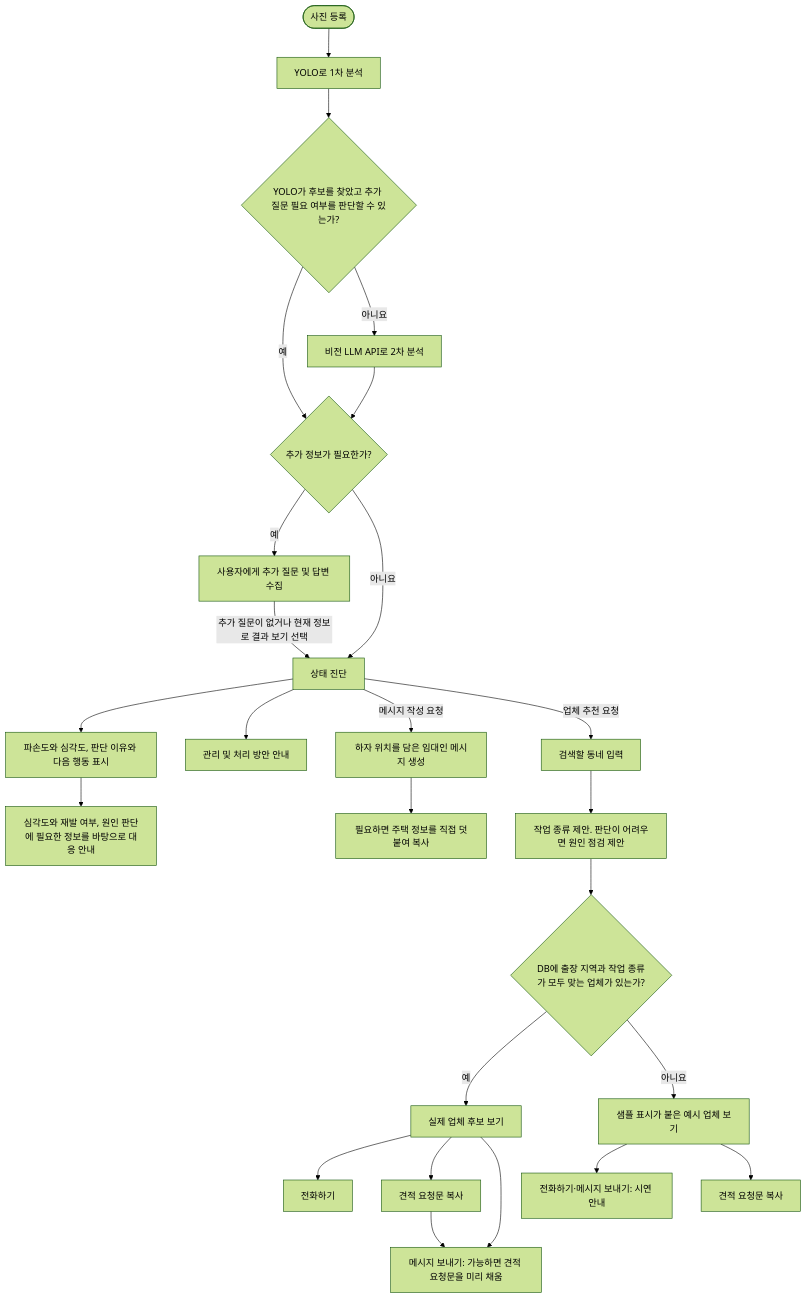
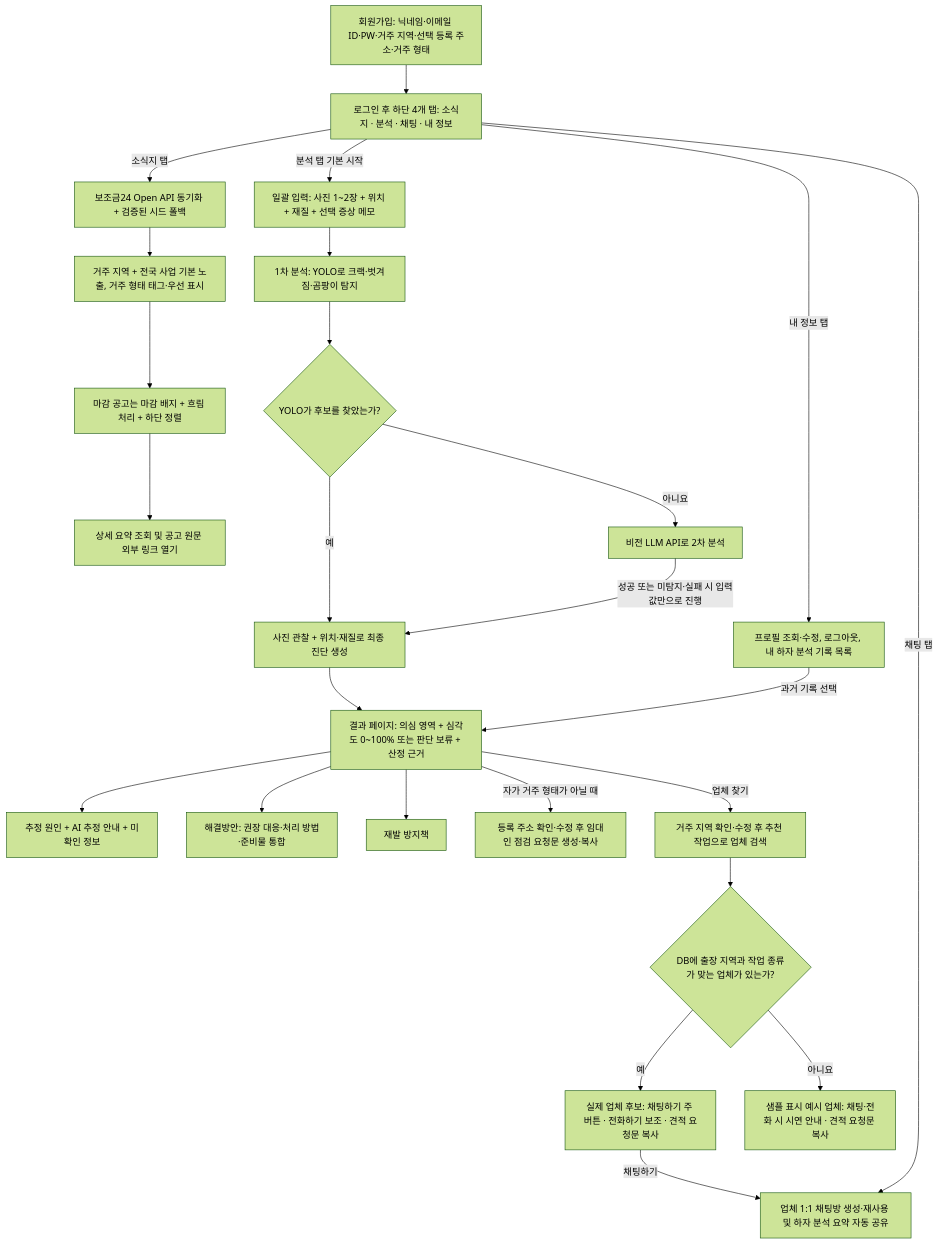
The diagram in docs/plans/PROJECT_PLAN.md (Youjaeseon/Home-keeper), drawn with Mermaid (forest theme) before and after one commit. The commit also changed other lines of this file and 8 other files, not shown here.

````diff
--- a/docs/plans/PROJECT_PLAN.md
+++ b/docs/plans/PROJECT_PLAN.md
@@ -25,28 +25,32 @@
 ```mermaid
 flowchart TD
-    A([사진 등록]) --> B["YOLO로 1차 분석"]
-    B --> C{"YOLO가 후보를 찾았고 추가 질문 필요 여부를 판단할 수 있는가?"}
-    C -->|예| E{"추가 정보가 필요한가?"}
+    Z0["회원가입: 닉네임·이메일 ID·PW·거주 지역·선택 등록 주소·거주 형태"] --> Z1["로그인 후 하단 4개 탭: 소식지 · 분석 · 채팅 · 내 정보"]
+
+    Z1 -->|소식지 탭| N1["보조금24 Open API 동기화 + 검증된 시드 폴백"]
+    N1 --> N2["거주 지역 + 전국 사업 기본 노출, 거주 형태 태그·우선 표시"]
+    N2 --> N3["마감 공고는 마감 배지 + 흐림 처리 + 하단 정렬"]
+    N3 --> N4["상세 요약 조회 및 공고 원문 외부 링크 열기"]
+
+    Z1 -->|분석 탭 기본 시작| A["일괄 입력: 사진 1~2장 + 위치 + 재질 + 선택 증상 메모"]
+    A --> B["1차 분석: YOLO로 크랙·벗겨짐·곰팡이 탐지"]
+    B --> C{"YOLO가 후보를 찾았는가?"}
+    C -->|예| G["사진 관찰 + 위치·재질로 최종 진단 생성"]
     C -->|아니요| D["비전 LLM API로 2차 분석"]
-    D --> E
-    E -->|예| F["사용자에게 추가 질문 및 답변 수집"]
-    E -->|아니요| G["상태 진단"]
-    F -->|추가 질문이 없거나 현재 정보로 결과 보기 선택| G
+    D -->|성공 또는 미탐지·실패 시 입력값만으로 진행| G
 
-    G --> H["파손도와 심각도, 판단 이유와 다음 행동 표시"]
-    H --> V["심각도와 재발 여부, 원인 판단에 필요한 정보를 바탕으로 대응 안내"]
-    G --> I["관리 및 처리 방안 안내"]
-    G -->|메시지 작성 요청| J["하자 위치를 담은 임대인 메시지 생성"]
-    J --> P["필요하면 주택 정보를 직접 덧붙여 복사"]
-    G -->|업체 추천 요청| K["검색할 동네 입력"]
-    K --> U["작업 종류 제안. 판단이 어려우면 원인 점검 제안"]
-    U --> Q{"DB에 출장 지역과 작업 종류가 모두 맞는 업체가 있는가?"}
-    Q -->|예| L["실제 업체 후보 보기"]
-    Q -->|아니요| R["샘플 표시가 붙은 예시 업체 보기"]
-    L --> M["전화하기"]
-    L --> O["견적 요청문 복사"]
-    L --> N["메시지 보내기: 가능하면 견적 요청문을 미리 채움"]
-    O --> N
-    R --> S["전화하기·메시지 보내기: 시연 안내"]
-    R --> T["견적 요청문 복사"]
+    G --> H["결과 페이지: 의심 영역 + 심각도 0~100% 또는 판단 보류 + 산정 근거"]
+    H --> H1["추정 원인 + AI 추정 안내 + 미확인 정보"]
+    H --> H2["해결방안: 권장 대응·처리 방법·준비물 통합"]
+    H --> H3["재발 방지책"]
+
+    H -->|자가 거주 형태가 아닐 때| J0["등록 주소 확인·수정 후 임대인 점검 요청문 생성·복사"]
+    H -->|업체 찾기| K["거주 지역 확인·수정 후 추천 작업으로 업체 검색"]
+    K --> Q{"DB에 출장 지역과 작업 종류가 맞는 업체가 있는가?"}
+    Q -->|예| L["실제 업체 후보: 채팅하기 주 버튼 · 전화하기 보조 · 견적 요청문 복사"]
+    Q -->|아니요| R["샘플 표시 예시 업체: 채팅·전화 시 시연 안내 · 견적 요청문 복사"]
+    L -->|채팅하기| CH["업체 1:1 채팅방 생성·재사용 및 하자 분석 요약 자동 공유"]
+
+    Z1 -->|채팅 탭| CH
+    Z1 -->|내 정보 탭| U1["프로필 조회·수정, 로그아웃, 내 하자 분석 기록 목록"]
+    U1 -->|과거 기록 선택| H
 ```
````
